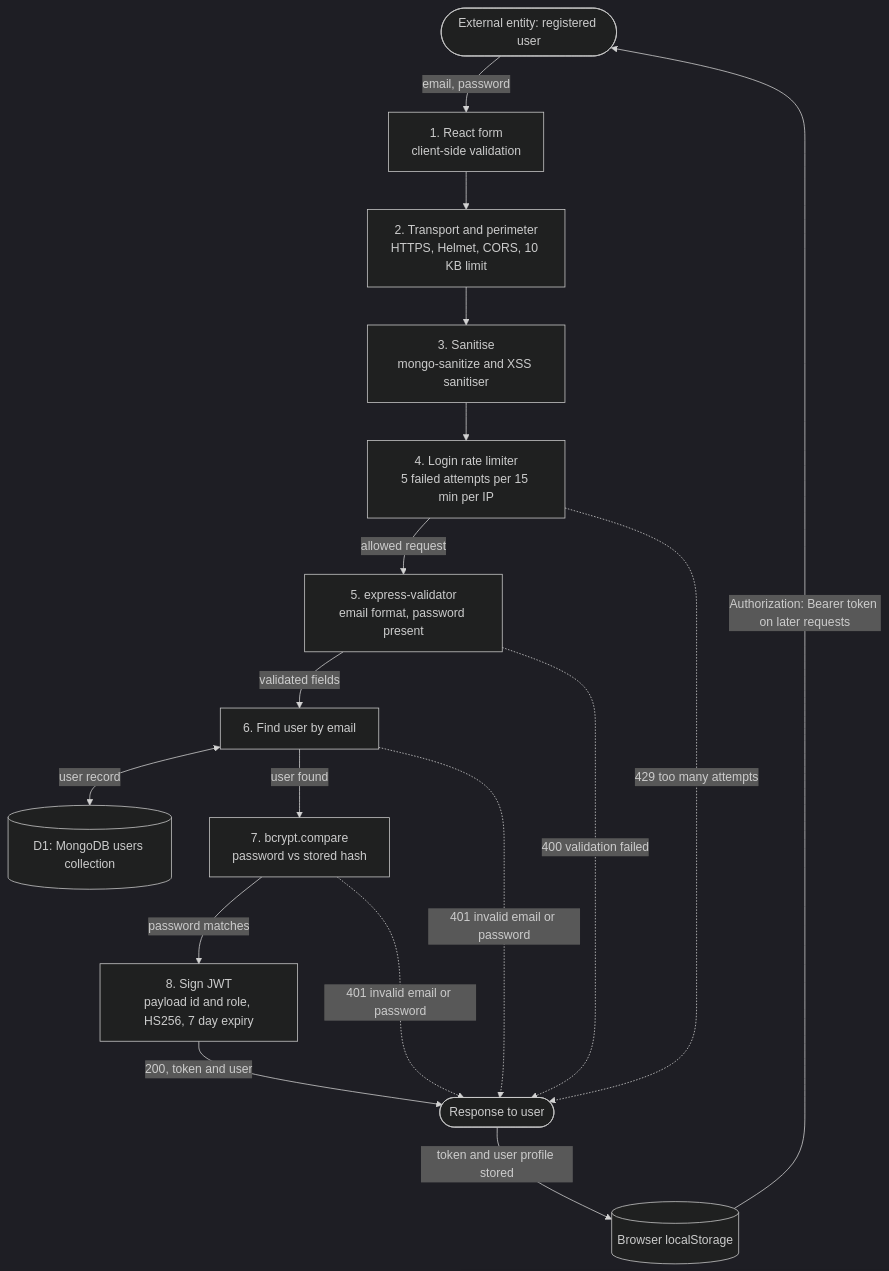
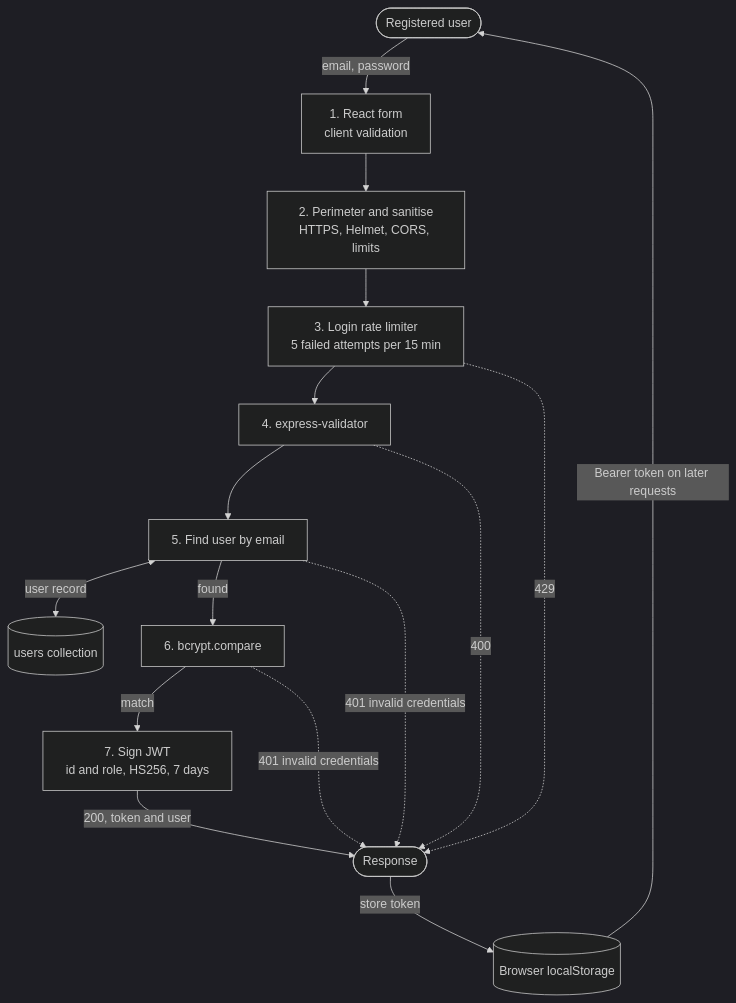
One commit to ChippsEthan/INSY7314Group changed the third of 4 diagrams in README.md. Above: the diagram before and after it, drawn with Mermaid (dark theme). The commit also changed other lines of this file, not shown here.

````diff
--- a/README.md
+++ b/README.md
@@ -239,31 +154,26 @@
 ```mermaid
 flowchart TD
-  U(["External entity: registered user"])
-  P1["1. React form<br/>client-side validation"]
-  P2["2. Transport and perimeter<br/>HTTPS, Helmet, CORS, 10 KB limit"]
-  P3["3. Sanitise<br/>mongo-sanitize and XSS sanitiser"]
-  P4["4. Login rate limiter<br/>5 failed attempts per 15 min per IP"]
-  P5["5. express-validator<br/>email format, password present"]
-  P6["6. Find user by email"]
-  P7["7. bcrypt.compare<br/>password vs stored hash"]
-  P8["8. Sign JWT<br/>payload id and role, HS256, 7 day expiry"]
-  D1[("D1: MongoDB users collection")]
+  U(["Registered user"])
+  P1["1. React form<br/>client validation"]
+  P2["2. Perimeter and sanitise<br/>HTTPS, Helmet, CORS, limits"]
+  P3["3. Login rate limiter<br/>5 failed attempts per 15 min"]
+  P4["4. express-validator"]
+  P5["5. Find user by email"]
+  P6["6. bcrypt.compare"]
+  P7["7. Sign JWT<br/>id and role, HS256, 7 days"]
+  D1[("users collection")]
   LS[("Browser localStorage")]
-  R(["Response to user"])
+  R(["Response"])
 
-  U -- "email, password" --> P1
-  P1 --> P2 --> P3 --> P4
-  P4 -- "allowed request" --> P5
-  P5 -- "validated fields" --> P6
-  P6 <-- "user record" --> D1
-  P6 -- "user found" --> P7
-  P7 -- "password matches" --> P8
-  P8 -- "200, token and user" --> R
-  R -- "token and user profile stored" --> LS
-  LS -- "Authorization: Bearer token on later requests" --> U
-
-  P4 -. "429 too many attempts" .-> R
-  P5 -. "400 validation failed" .-> R
-  P6 -. "401 invalid email or password" .-> R
-  P7 -. "401 invalid email or password" .-> R
+  U -- "email, password" --> P1 --> P2 --> P3 --> P4 --> P5
+  P5 <-- "user record" --> D1
+  P5 -- "found" --> P6
+  P6 -- "match" --> P7
+  P7 -- "200, token and user" --> R
+  R -- "store token" --> LS
+  LS -- "Bearer token on later requests" --> U
+  P3 -. "429" .-> R
+  P4 -. "400" .-> R
+  P5 -. "401 invalid credentials" .-> R
+  P6 -. "401 invalid credentials" .-> R
 ```
````
